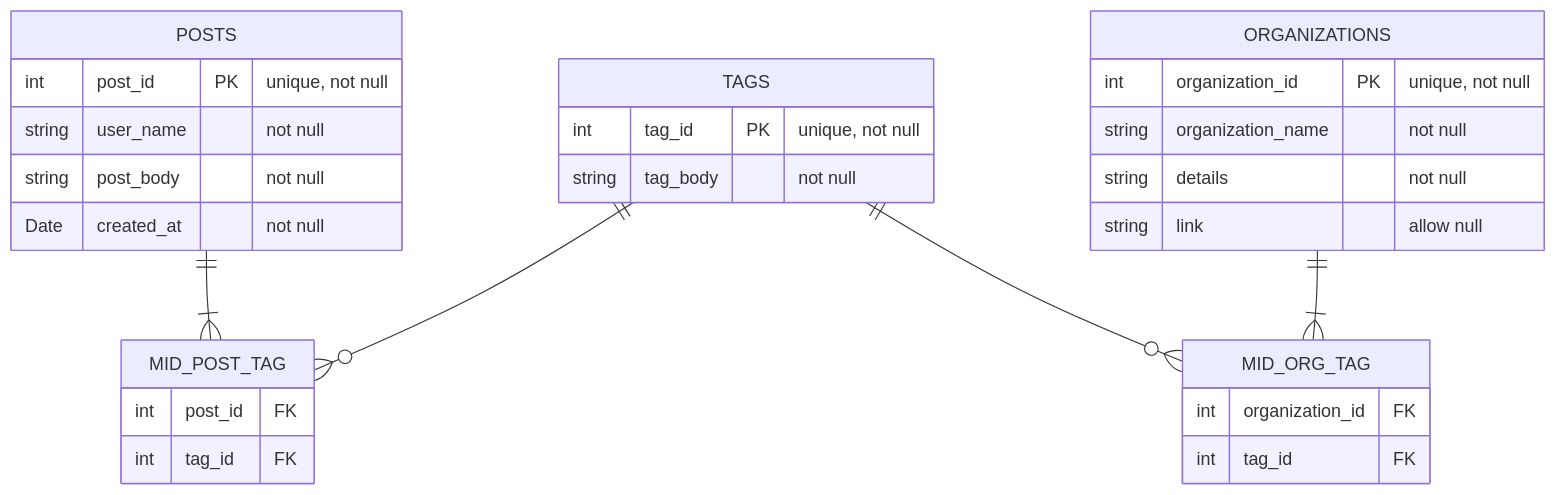
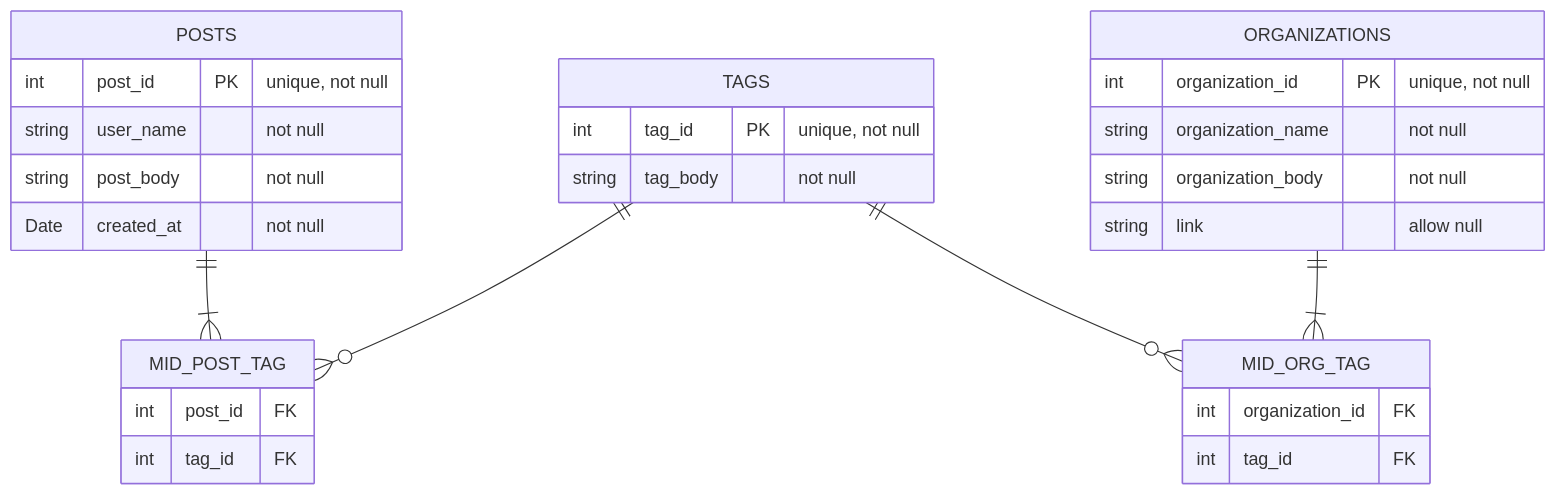
Before and after one commit to yoiyoi-rat/moyattoBE: the diagram in er.md, drawn with Mermaid. The commit also changed 10 other files, not shown here.

````diff
--- a/er.md
+++ b/er.md
@@ -1,35 +1,35 @@
 ```mermaid
 ---
 board
 ---
 erDiagram
     POSTS ||--|{ MID_POST_TAG : ""
     POSTS {
         int post_id PK "unique, not null"
         string user_name "not null"
         string post_body "not null"
         Date created_at "not null"
     }
     TAGS ||--o{ MID_POST_TAG : ""
     TAGS {
         int tag_id PK "unique, not null"
         string tag_body "not null"
     }
     MID_POST_TAG {
         int post_id FK
         int tag_id FK
     }
     ORGANIZATIONS ||--|{ MID_ORG_TAG : ""
     TAGS ||--o{ MID_ORG_TAG : ""
     ORGANIZATIONS {
         int organization_id PK "unique, not null"
         string organization_name "not null"
-        string details "not null"
+        string organization_body "not null"
         string link "allow null"
     }
     MID_ORG_TAG {
         int organization_id FK
         int tag_id FK
     }
 
 ```
````
